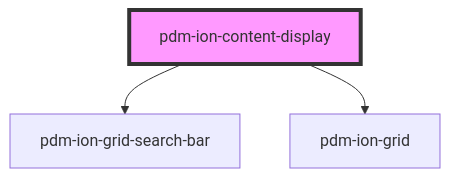
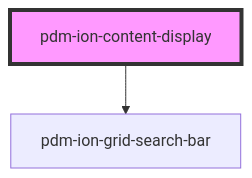
Before and after one commit to PharmaLedger-IMI/fgt-workspace: the diagram in pdm-web-components/src/components/pdm-ion-content-display/readme.md, drawn with Mermaid. The commit also changed other lines of this file and 5 other files, not shown here.

````diff
--- a/pdm-web-components/src/components/pdm-ion-content-display/readme.md
+++ b/pdm-web-components/src/components/pdm-ion-content-display/readme.md
@@ -49,6 +47,5 @@
 ```mermaid
 graph TD;
   pdm-ion-content-display --> pdm-ion-grid-search-bar
-  pdm-ion-content-display --> pdm-ion-grid
   style pdm-ion-content-display fill:#f9f,stroke:#333,stroke-width:4px
 ```
````
